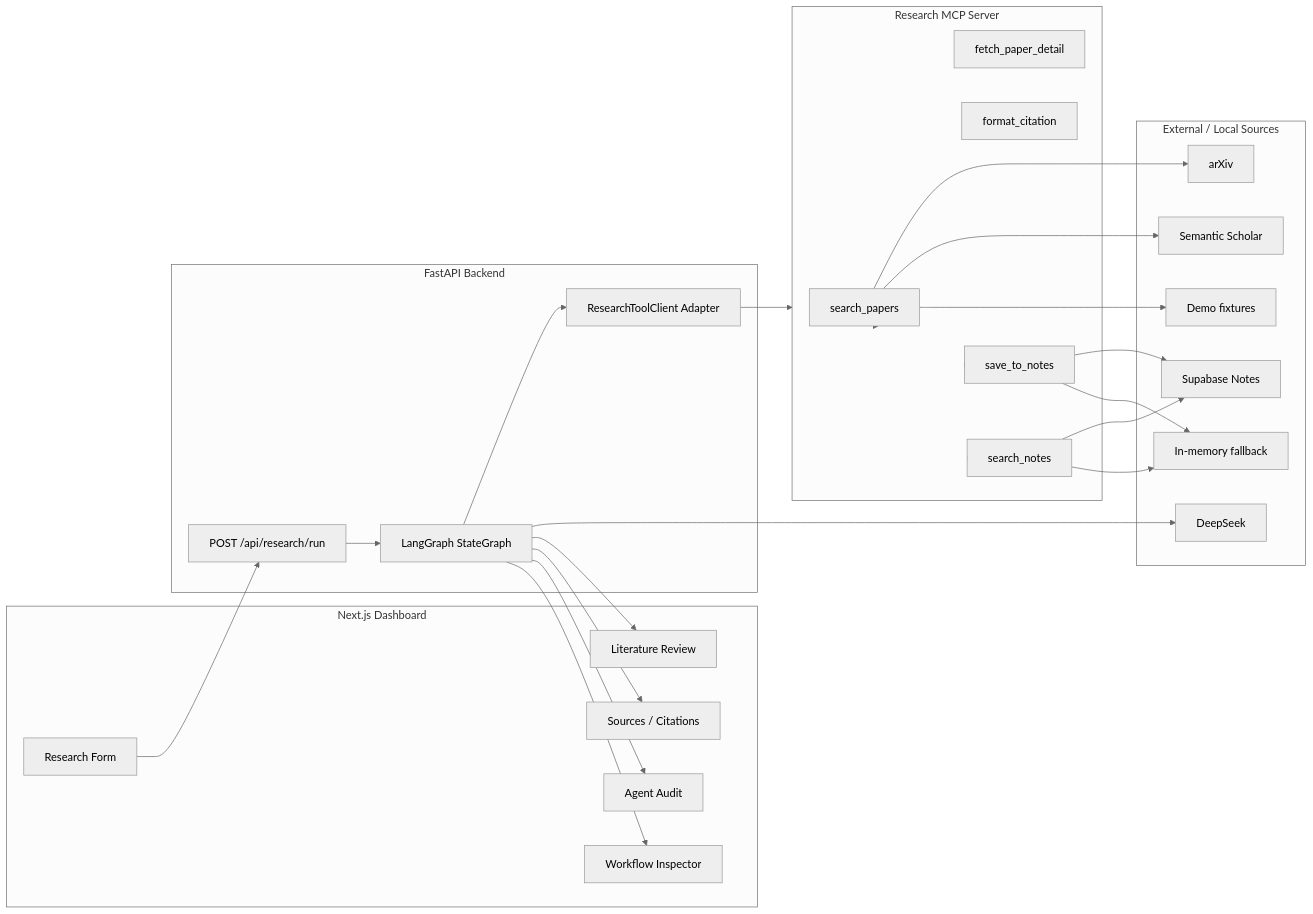
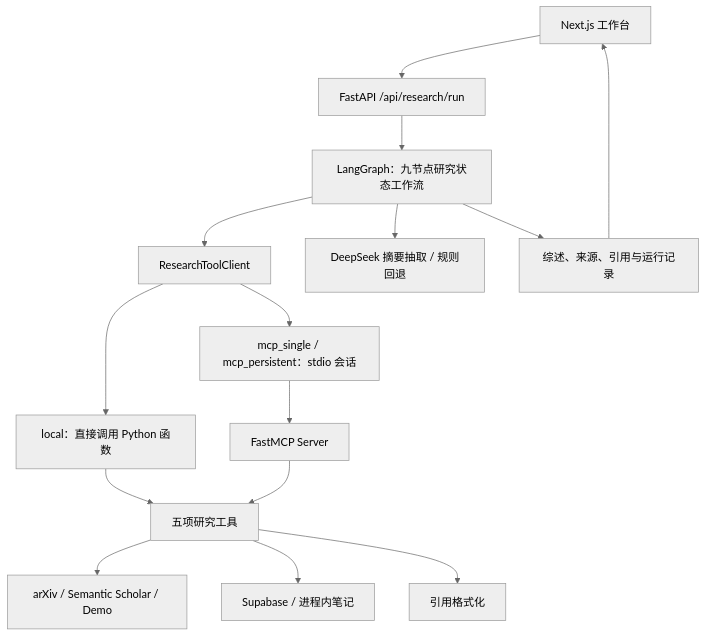
The diagram in README.md (AZ123IT/ResearchPilot), drawn with Mermaid (neutral theme) before and after one commit. The commit also changed other lines of this file and 9 other files, not shown here.

Commit message:
docs: clarify ResearchPilot workflow and refresh project presentation

````diff
--- a/README.md
+++ b/README.md
@@ -70,47 +68,16 @@
 ```mermaid
-flowchart LR
-  subgraph Client["Next.js Dashboard"]
-    Form["Research Form"]
-    Review["Literature Review"]
-    Sources["Sources / Citations"]
-    Audit["Agent Audit"]
-    Inspector["Workflow Inspector"]
-  end
-
-  subgraph API["FastAPI Backend"]
-    RunAPI["POST /api/research/run"]
-    Graph["LangGraph StateGraph"]
-    Adapter["ResearchToolClient Adapter"]
-  end
-
-  subgraph MCP["Research MCP Server"]
-    Search["search_papers"]
-    Detail["fetch_paper_detail"]
-    Citation["format_citation"]
-    SaveNotes["save_to_notes"]
-    SearchNotes["search_notes"]
-  end
-
-  subgraph SourcesData["External / Local Sources"]
-    Arxiv["arXiv"]
-    Semantic["Semantic Scholar"]
-    DeepSeek["DeepSeek"]
-    Supabase["Supabase Notes"]
-    Memory["In-memory fallback"]
-    Demo["Demo fixtures"]
-  end
-
-  Form --> RunAPI --> Graph --> Adapter --> MCP
-  MCP --> Search --> Arxiv
-  Search --> Semantic
-  Search --> Demo
-  Graph --> DeepSeek
-  MCP --> SaveNotes --> Supabase
-  SaveNotes --> Memory
-  MCP --> SearchNotes --> Supabase
-  SearchNotes --> Memory
-  Graph --> Review
-  Graph --> Sources
-  Graph --> Audit
-  Graph --> Inspector
+flowchart TD
+    UI["Next.js 工作台"] --> API["FastAPI /api/research/run"]
+    API --> Graph["LangGraph：九节点研究状态工作流"]
+    Graph --> Adapter["ResearchToolClient"]
+    Adapter --> Local["local：直接调用 Python 函数"]
+    Adapter --> MCP["mcp_single / mcp_persistent：stdio 会话"]
+    Local --> Tools["五项研究工具"]
+    MCP --> Server["FastMCP Server"] --> Tools
+    Tools --> Search["arXiv / Semantic Scholar / Demo"]
+    Tools --> Notes["Supabase / 进程内笔记"]
+    Tools --> Citation["引用格式化"]
+    Graph --> Model["DeepSeek 摘要抽取 / 规则回退"]
+    Graph --> Result["综述、来源、引用与运行记录"]
+    Result --> UI
 ```
````
